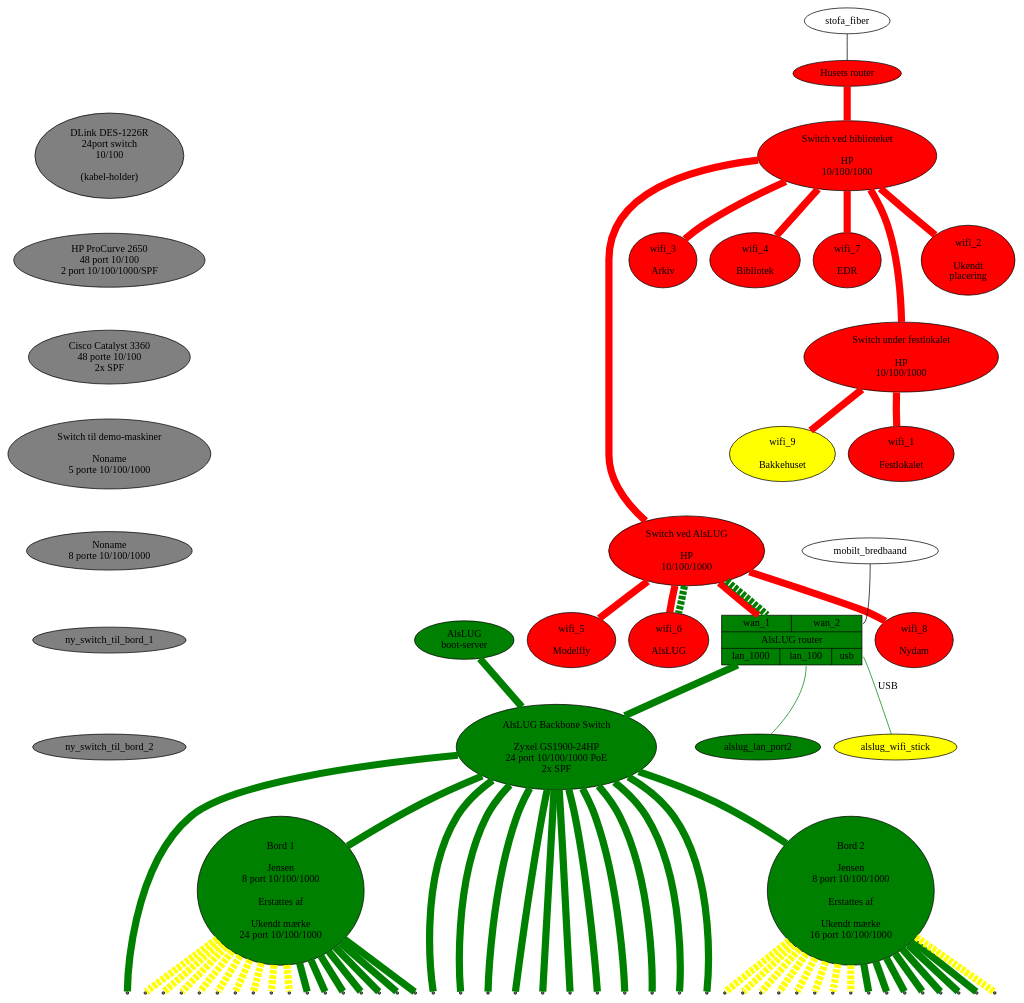
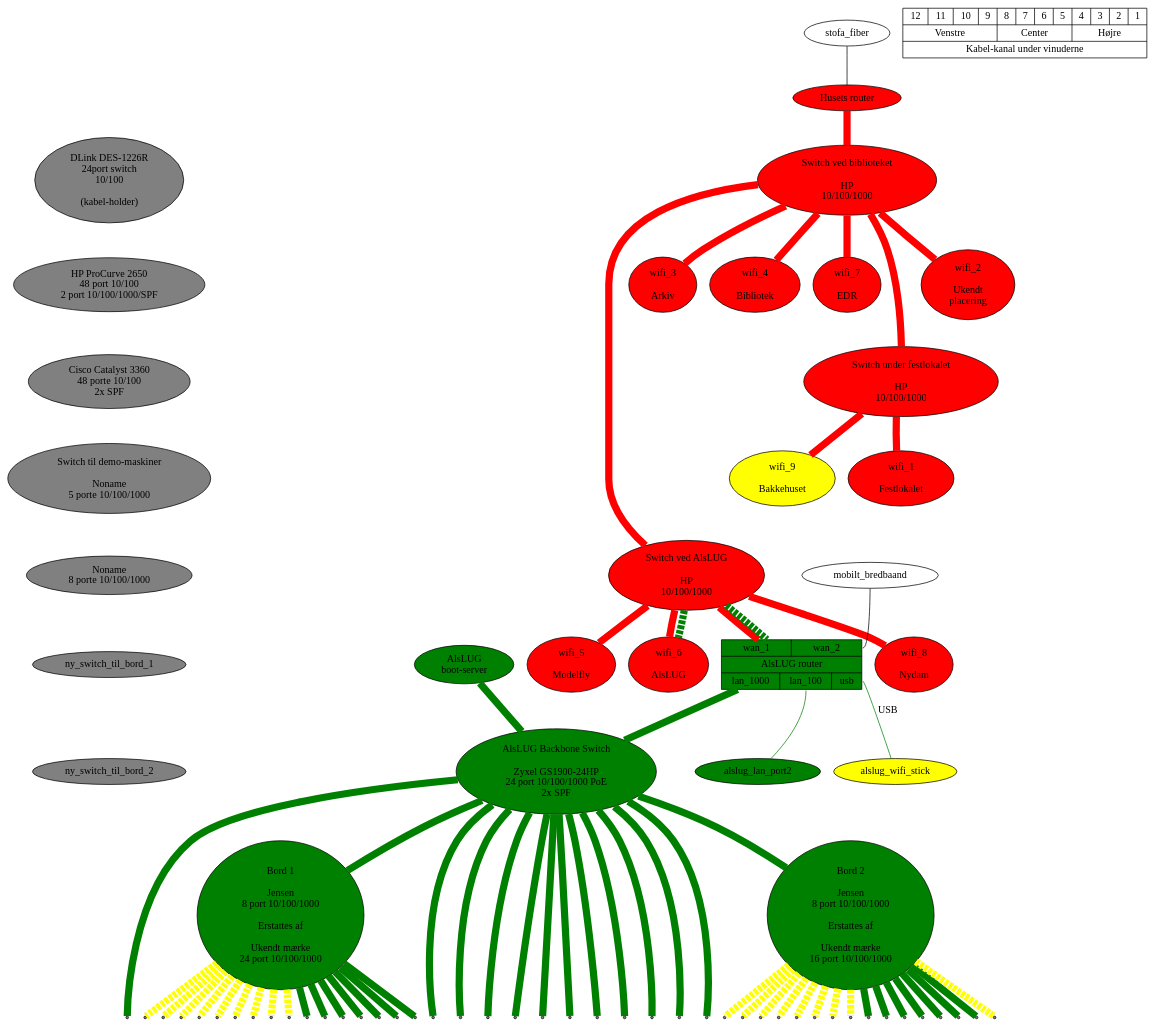
One commit to alslug/alslug.dk changed the diagram in projekter/network.dot. Above: the diagram before and after it, drawn with Graphviz.

```diff
--- a/projekter/network.dot
+++ b/projekter/network.dot
@@ -1,97 +1,101 @@
 digraph xxx {
 #  link_12a [ shape=point ];
 #  link_12b [ shape=point ];
 #  link_12c [ shape=point ];
   edge [ dir=none penwidth=10 ];
 
   node [ style=filled fillcolor=red ];
   husets_router [ label="Husets router" ];
   husets_switch_1 [ label="Switch ved biblioteket\n\nHP\n10/100/1000" ];
   husets_switch_2 [ label="Switch ved AlsLUG\n\nHP\n10/100/1000" ];
   festlokale_switch [ label="Switch under festlokalet\n\nHP\n10/100/1000" ];
   wifi_1 [ label=" wifi_1 \n\n Festlokalet "                ];
   wifi_2 [ label=" wifi_2 \n\n Ukendt \n placering "        ];
   wifi_3 [ label=" wifi_3 \n\n Arkiv "                      ];
   wifi_4 [ label=" wifi_4 \n\n Bibliotek "                  ];
   wifi_5 [ label=" wifi_5 \n\n Modelfly "                   ];
   wifi_6 [ label=" wifi_6 \n\n AlsLUG "                     ];
   wifi_7 [ label=" wifi_7 \n\n EDR "                        ];
   wifi_8 [ label=" wifi_8 \n\n Nydam "                      ];
   wifi_9 [ label=" wifi_9 \n\n Bakkehuset" fillcolor=yellow ];
   
   node [ style=filled fillcolor=green ];
   alslug_router [ shape=record label="{{<wan_1> wan_1|<wan_2> wan_2}|AlsLUG router|{<lan_1000> lan_1000|<lan_100> lan_100|<usb> usb}}" ];
   alslug_gl_bootserver [ label="AlsLUG\nboot-server" ];
   alslug_backbone_switch [ label="AlsLUG Backbone Switch\n\nZyxel GS1900-24HP\n24 port 10/100/1000 PoE\n2x SPF"];
   bord_1 [ label="Bord 1\n\nJensen\n8 port 10/100/1000\n\n Erstattes af\n\nUkendt mærke\n24 port 10/100/1000"];
   bord_2 [ label="Bord 2\n\nJensen\n8 port 10/100/1000\n\n Erstattes af\n\nUkendt mærke\n16 port 10/100/1000"];
   alslug_wifi_stick alslug_lan_port2;
   
   // Udstyr som pt ikke bruges
   node [ style=filled fillcolor=gray ];
   switch_24p      [ label="DLink DES-1226R\n24port switch\n10/100\n\n(kabel-holder)"];
   switch_48p      [ label="HP ProCurve 2650\n48 port 10/100\n2 port 10/100/1000/SPF"];
   switch_48p_poe  [ label="Cisco Catalyst 3360\n48 porte 10/100\n2x SPF"];
   switch_5p       [ label="Switch til demo-maskiner\n\nNoname\n5 porte 10/100/1000" ];
   switch_8p       [ label="Noname\n8 porte 10/100/1000"];
   
   switch_24p -> switch_48p -> switch_48p_poe -> switch_5p -> switch_8p -> ny_switch_til_bord_1 -> ny_switch_til_bord_2 -> bord_1 [ color=invis ];
   
   
   node [ style=normal ];
   // Internet forbindelser
   stofa_fiber      -> husets_router:wan_1 [ penwidth=1 fillcolor=black style=filled ];
   mobilt_bredbaand -> alslug_router:wan_2 [ penwidth=1 fillcolor=black style=filled ];
   
   // Husets forbindelser
   edge  [ color=red style=solid ];
   husets_switch_1 -> festlokale_switch -> {             wifi_1                                                  wifi_9 };
   husets_router -> husets_switch_1 -> {                        wifi_2 wifi_3 wifi_4               wifi_7               };
   husets_switch_1 -> husets_switch_2 -> { alslug_router                             wifi_5 wifi_6        wifi_8        };
 
   // VLAN forbindelser over bakkensbros netværk
   edge  [ color=green style=dashed ];
   husets_switch_2 -> { alslug_router:wan_1 wifi_6 };
 
   alslug_wifi_stick [ fillcolor=yellow style=filled ];
 
   // Interne forbindelser
   edge [ color=green style=solid ];
   node [ shape=point ];
   
   {alslug_router:lan_1000 alslug_gl_bootserver} -> alslug_backbone_switch -> { bord_1 bord_2 
                   vindue_left_12  vindue_left_11  vindue_left_10  vindue_left_9
                   vindue_center_8 vindue_center_7 vindue_center_6 vindue_center_5
                   vindue_right_4  vindue_right_3  vindue_right_2  vindue_right_1
                   }
 
   alslug_router:usb -> alslug_wifi_stick [ penwidth=1 label="USB" ];
   alslug_router:lan_100 -> alslug_lan_port2 [ penwidth=1 ];
   
   bord_1 -> {
                   bord_1_1 bord_1_2 bord_1_3 bord_1_4 bord_1_5 bord_1_6 bord_1_7
                 };
   bord_1 -> {
                   bord_1_8 bord_1_9 bord_1_10 bord_1_11 bord_1_12 bord_1_13 bord_1_14 bord_1_15 bord_1_16
                 } [ style=dashed color=yellow ];
   bord_2 -> {
                   bord_2_1 bord_2_2 bord_2_3 bord_2_4 bord_2_5 bord_2_6 bord_2_7
                 };
   bord_2 -> {
                   bord_2_8 bord_2_9 bord_2_10 bord_2_11 bord_2_12 bord_2_13 bord_2_14 bord_2_15 bord_2_16
                 } [ style=dashed color=yellow ];
                 
   edge [ color=invis ];
   husets_switch_1 -> wifi_2 -> festlokale_switch -> wifi_1 -> husets_switch_2;
 
+  vindue [ shape=record label="{{ {{<12>12|<11>11|<10>10|<9>9}  | Venstre }|
+                                  {{<8>8|<7>7|<6>6|<5>5}        | Center  }|
+                                  {{<4>4|<3>3|<2>2|<1>1}        | Højre   }}| Kabel-kanal under vinuderne }}" ];
+
   subgraph {
     rank = same;
                   vindue_left_12;   vindue_left_11;   vindue_left_10;   vindue_left_9;
                   vindue_center_8;  vindue_center_7;  vindue_center_6;  vindue_center_5;
                   vindue_right_4;   vindue_right_3;   vindue_right_2;   vindue_right_1;
                   bord_1_1;   bord_1_2;   bord_1_3;   bord_1_4;   bord_1_5;   bord_1_6;   bord_1_7;   bord_1_8;
                   bord_1_9;   bord_1_10;  bord_1_11;  bord_1_12;  bord_1_13;  bord_1_14;  bord_1_15;  bord_1_16;
                   bord_2_1;   bord_2_2;   bord_2_3;   bord_2_4;   bord_2_5;   bord_2_6;   bord_2_7;   bord_2_8;
                   bord_2_9;   bord_2_10;  bord_2_11;  bord_2_12;  bord_2_13;  bord_2_14;  bord_2_15;  bord_2_16;
   }
 }
```
